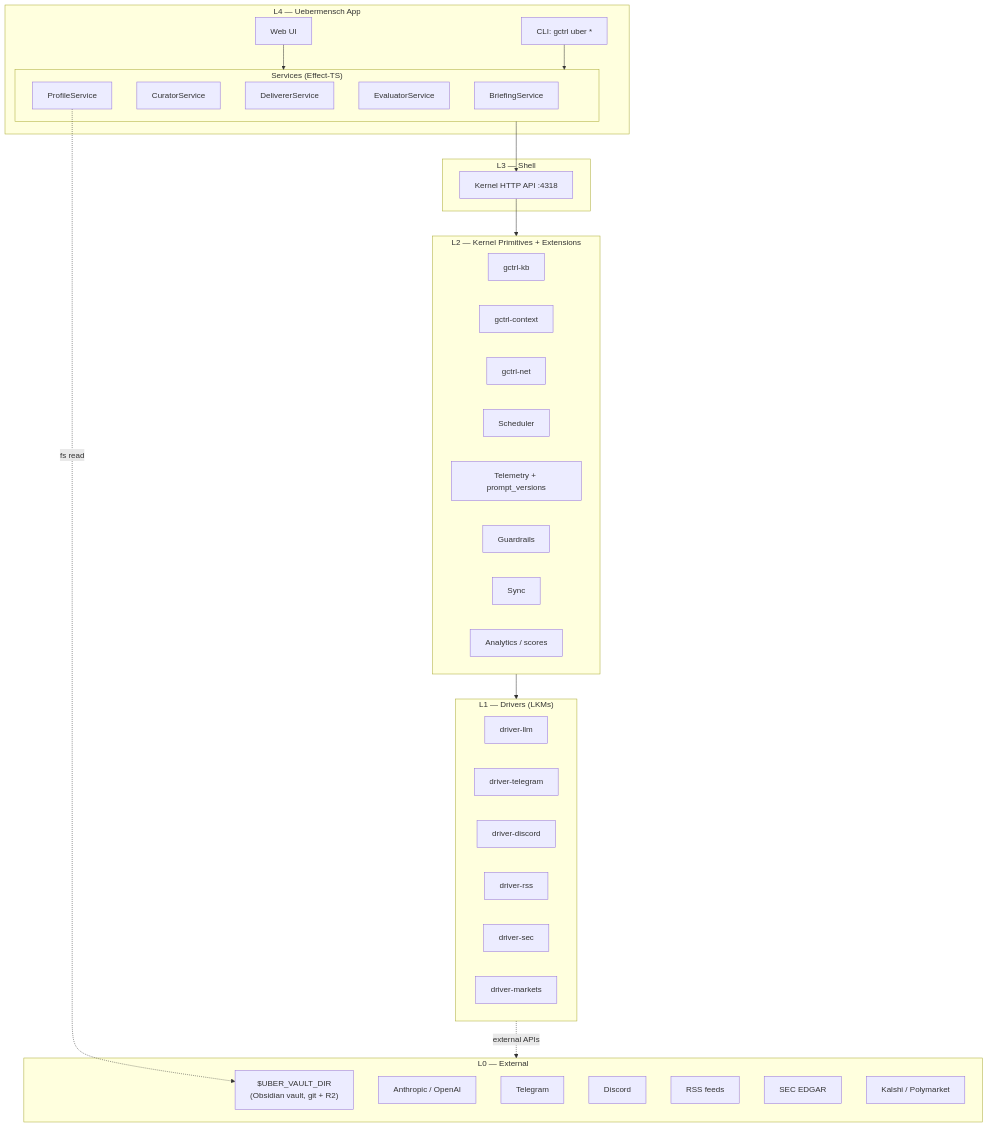
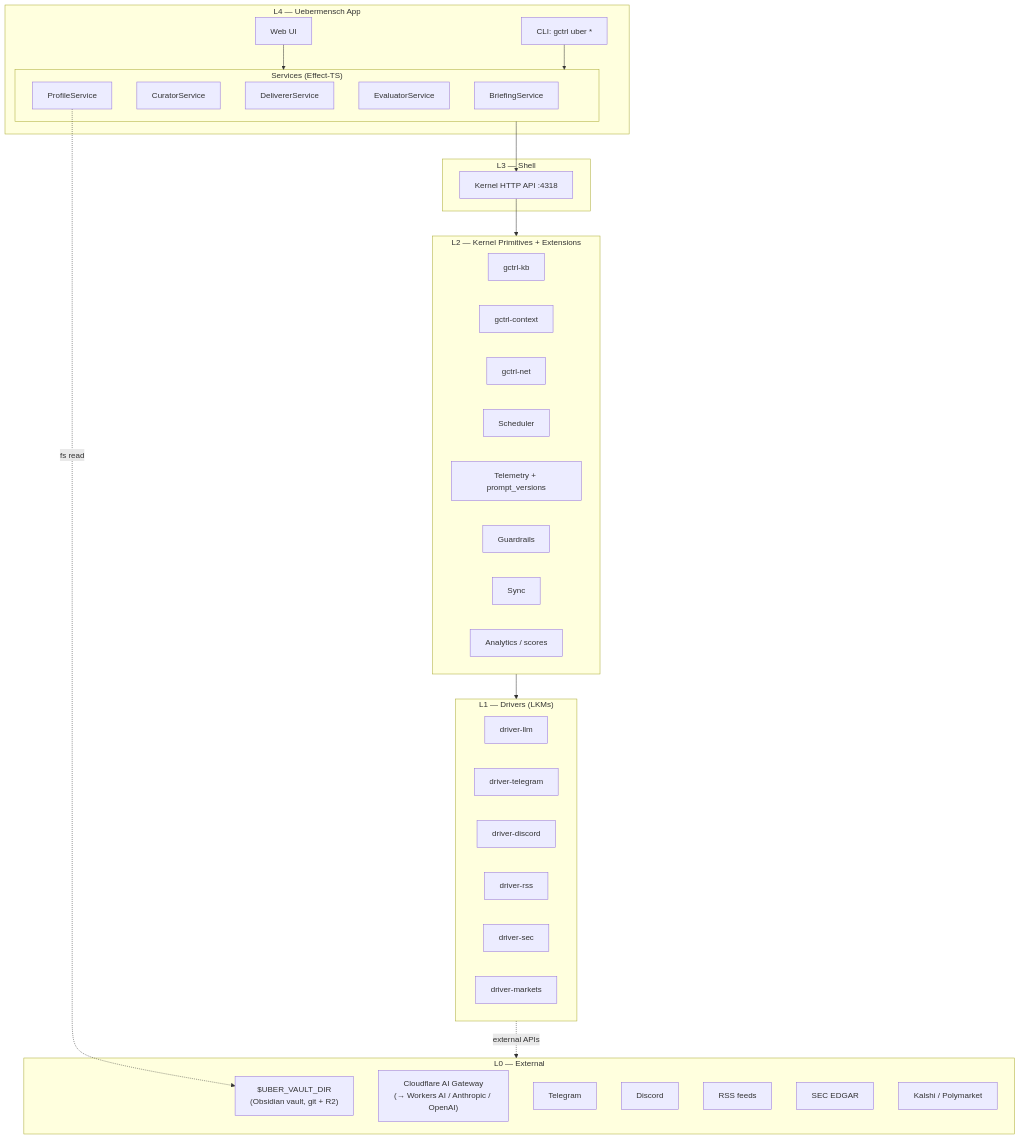
One commit to OpenHackersClub/gctrl changed the first of 3 diagrams in apps/uebermensch/specs/architecture.md. Above: the diagram before and after it, drawn with Mermaid. The commit also changed other lines of this file and 7 other files, not shown here.

First line of the commit message:
feat(uebermensch): insights-only briefs; default driver-llm to Cloudflare AI Gateway

````diff
--- a/apps/uebermensch/specs/architecture.md
+++ b/apps/uebermensch/specs/architecture.md
@@ -11,51 +11,51 @@
 ```mermaid
 flowchart TB
   subgraph L4["L4 — Uebermensch App"]
     Web["Web UI"]
     Cli["CLI: gctrl uber *"]
     subgraph Svc["Services (Effect-TS)"]
       Brief["BriefingService"]
       Cur["CuratorService"]
       Del["DelivererService"]
       Ev["EvaluatorService"]
       Prof["ProfileService"]
     end
   end
   subgraph L3["L3 — Shell"]
     HTTP["Kernel HTTP API :4318"]
   end
   subgraph L2["L2 — Kernel Primitives + Extensions"]
     KB["gctrl-kb"]
     Ctx["gctrl-context"]
     Net["gctrl-net"]
     Sched["Scheduler"]
     OTel["Telemetry + prompt_versions"]
     Guard["Guardrails"]
     Sync["Sync"]
     Analytics["Analytics / scores"]
   end
   subgraph L1["L1 — Drivers (LKMs)"]
     Llm["driver-llm"]
     Tg["driver-telegram"]
     Dc["driver-discord"]
     Rss["driver-rss"]
     Sec["driver-sec"]
     Mkt["driver-markets"]
   end
   subgraph L0["L0 — External"]
     Prof2["$UBER_VAULT_DIR\n(Obsidian vault, git + R2)"]
-    A["Anthropic / OpenAI"]
+    A["Cloudflare AI Gateway\n(→ Workers AI / Anthropic / OpenAI)"]
     TgX["Telegram"]
     DcX["Discord"]
     RssX["RSS feeds"]
     EDGAR["SEC EDGAR"]
     Mkts["Kalshi / Polymarket"]
   end
   Web --> Svc
   Cli --> Svc
   Svc --> HTTP
   HTTP --> L2
   L2 --> L1
   L1 -.->|external APIs| L0
   Prof -.->|fs read| Prof2
 ```
````
